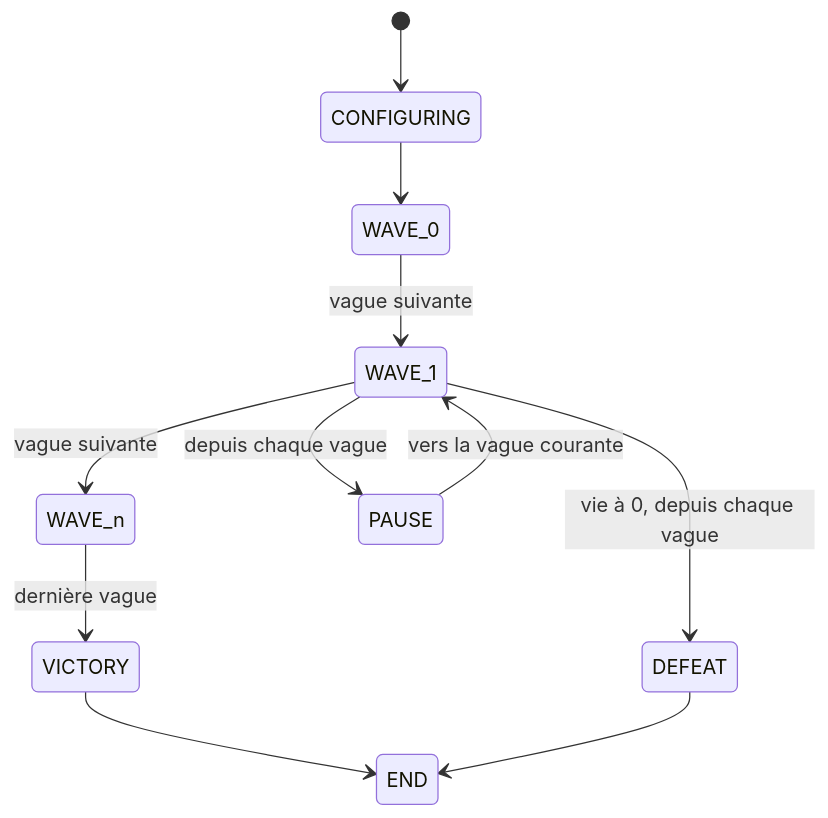
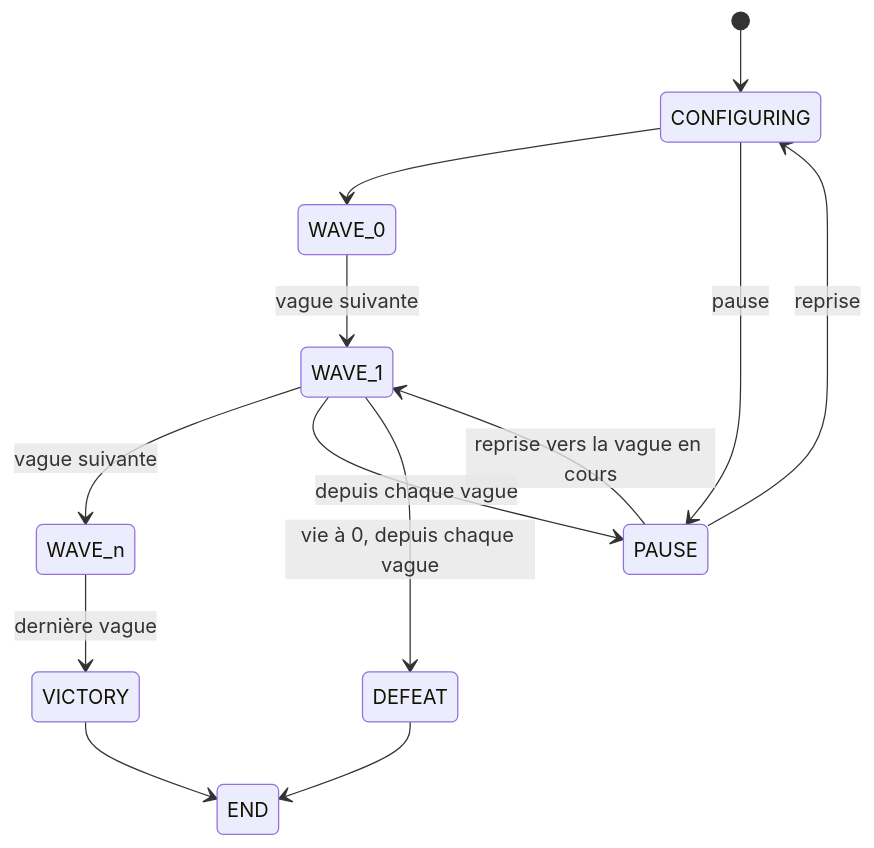
One commit to Cat-aclsym/documentation changed the second of 2 diagrams in src/content/docs/development/models/state-machine.md. Above: the diagram before and after it, drawn with Mermaid. The commit also changed other lines of this file and 10 other files, not shown here.

````diff
--- a/src/content/docs/development/models/state-machine.md
+++ b/src/content/docs/development/models/state-machine.md
@@ -56,13 +54,15 @@
 ```mermaid
 stateDiagram-v2
     [*] --> CONFIGURING
     CONFIGURING --> WAVE_0
     WAVE_0 --> WAVE_1 : vague suivante
     WAVE_1 --> WAVE_n : vague suivante
     WAVE_n --> VICTORY : dernière vague
+    CONFIGURING --> PAUSE : pause
     WAVE_1 --> PAUSE : depuis chaque vague
-    PAUSE --> WAVE_1 : vers la vague courante
+    PAUSE --> CONFIGURING : reprise
+    PAUSE --> WAVE_1 : reprise vers la vague en cours
     WAVE_1 --> DEFEAT : vie à 0, depuis chaque vague
     VICTORY --> END
     DEFEAT --> END
 ```
````
